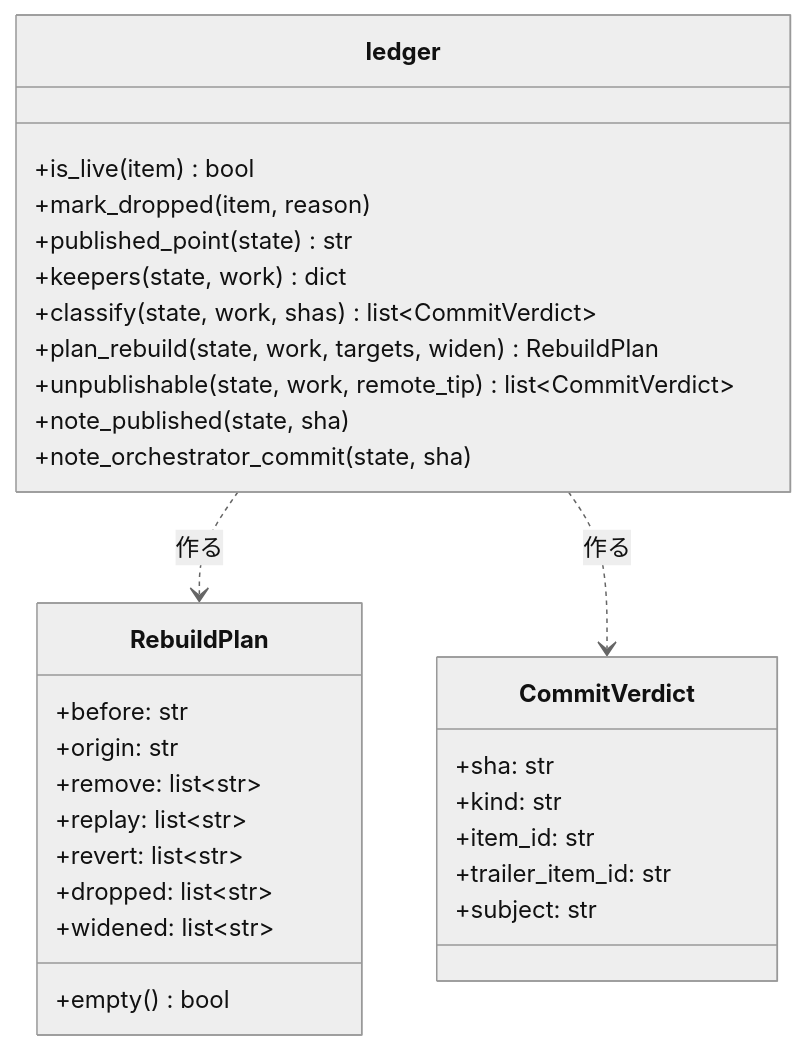
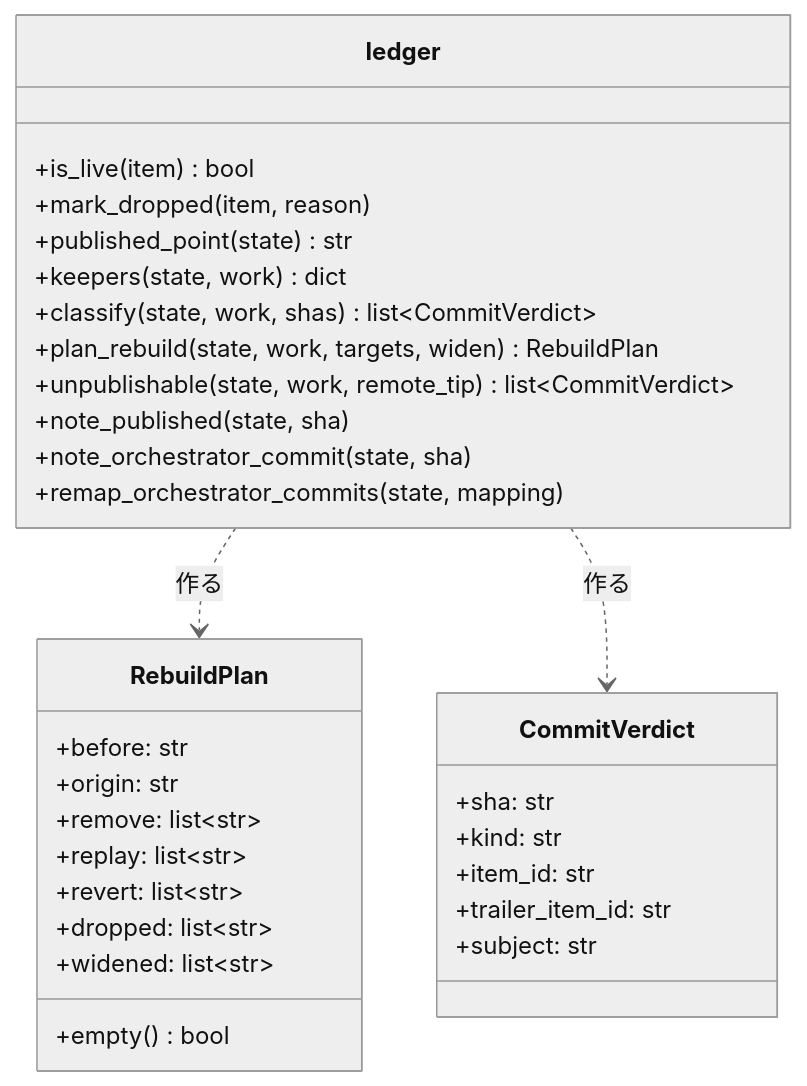
The third of 6 diagrams in issues/issue-1482-design.md (devbasex/ai-plugins), drawn with Mermaid (neutral theme) before and after one commit. The commit also changed other lines of this file and 2 other files, not shown here.

````diff
--- a/issues/issue-1482-design.md
+++ b/issues/issue-1482-design.md
@@ -203,33 +203,34 @@
 ```mermaid
 classDiagram
     class CommitVerdict {
         +sha: str
         +kind: str
         +item_id: str
         +trailer_item_id: str
         +subject: str
     }
     class RebuildPlan {
         +before: str
         +origin: str
         +remove: list~str~
         +replay: list~str~
         +revert: list~str~
         +dropped: list~str~
         +widened: list~str~
         +empty() bool
     }
     class ledger {
         +is_live(item) bool
         +mark_dropped(item, reason)
         +published_point(state) str
         +keepers(state, work) dict
         +classify(state, work, shas) list~CommitVerdict~
         +plan_rebuild(state, work, targets, widen) RebuildPlan
         +unpublishable(state, work, remote_tip) list~CommitVerdict~
         +note_published(state, sha)
         +note_orchestrator_commit(state, sha)
+        +remap_orchestrator_commits(state, mapping)
     }
     ledger ..> RebuildPlan : 作る
     ledger ..> CommitVerdict : 作る
 ```
````
